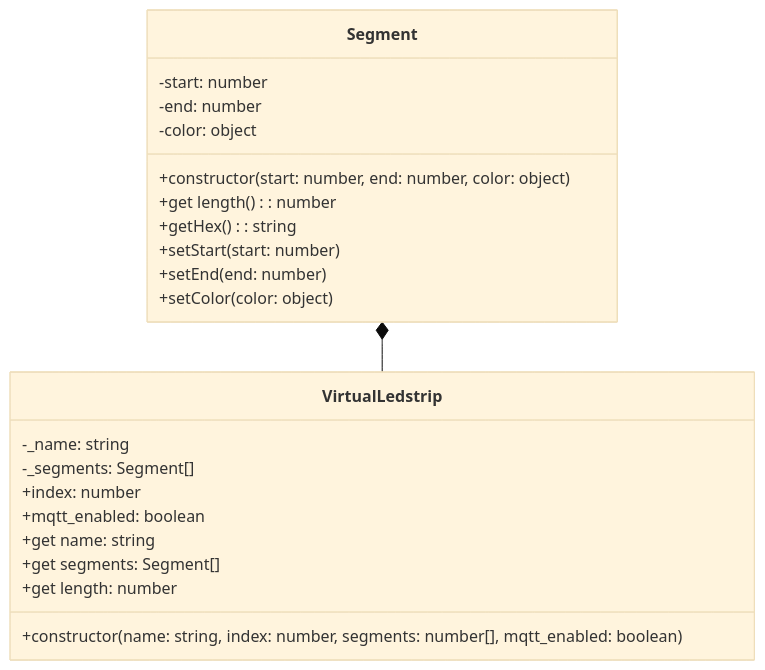
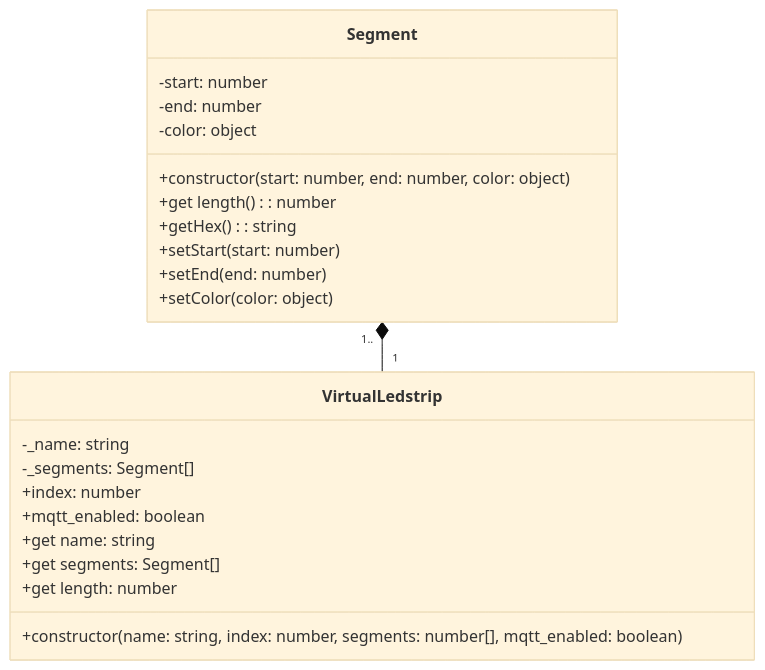
Before and after one commit to vives-project-xp/InteractiveCorridor: the diagram in Backend/README.md, drawn with Mermaid (base theme).

Commit message:
Update class relationship in README.md

````diff
--- a/Backend/README.md
+++ b/Backend/README.md
@@ -5,28 +5,28 @@
 ```mermaid
 classDiagram
 
 class Segment {
     -start: number
     -end: number
     -color: object
     +constructor(start: number, end: number, color: object)
     +get length(): number
     +getHex(): string
     +setStart(start: number)
     +setEnd(end: number)
     +setColor(color: object)
 }
 
 class VirtualLedstrip{
     -_name: string
     -_segments: Segment[]
     +index: number
     +mqtt_enabled: boolean
     +get name: string
     +get segments: Segment[]
     +get length: number
     +constructor(name: string, index: number, segments: number[], mqtt_enabled: boolean)
 }
 
-Segment *-- VirtualLedstrip
+Segment "1.." *-- "1" VirtualLedstrip
 ```
````
